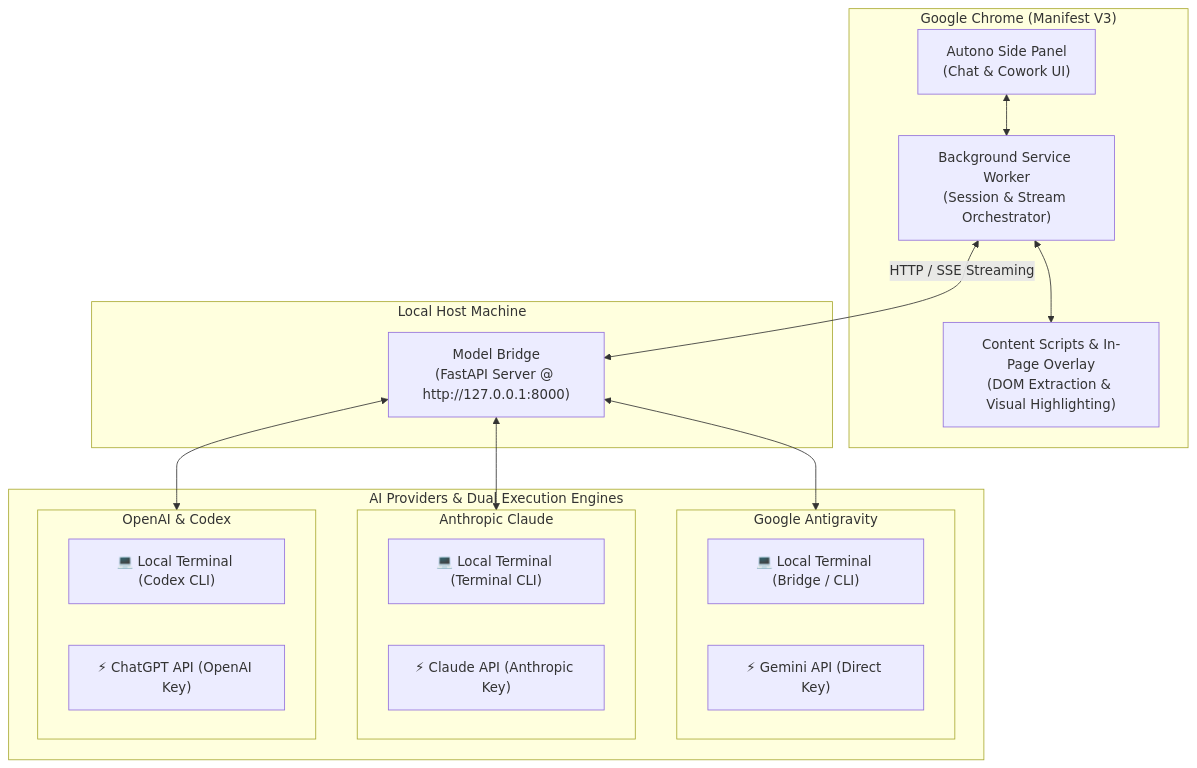
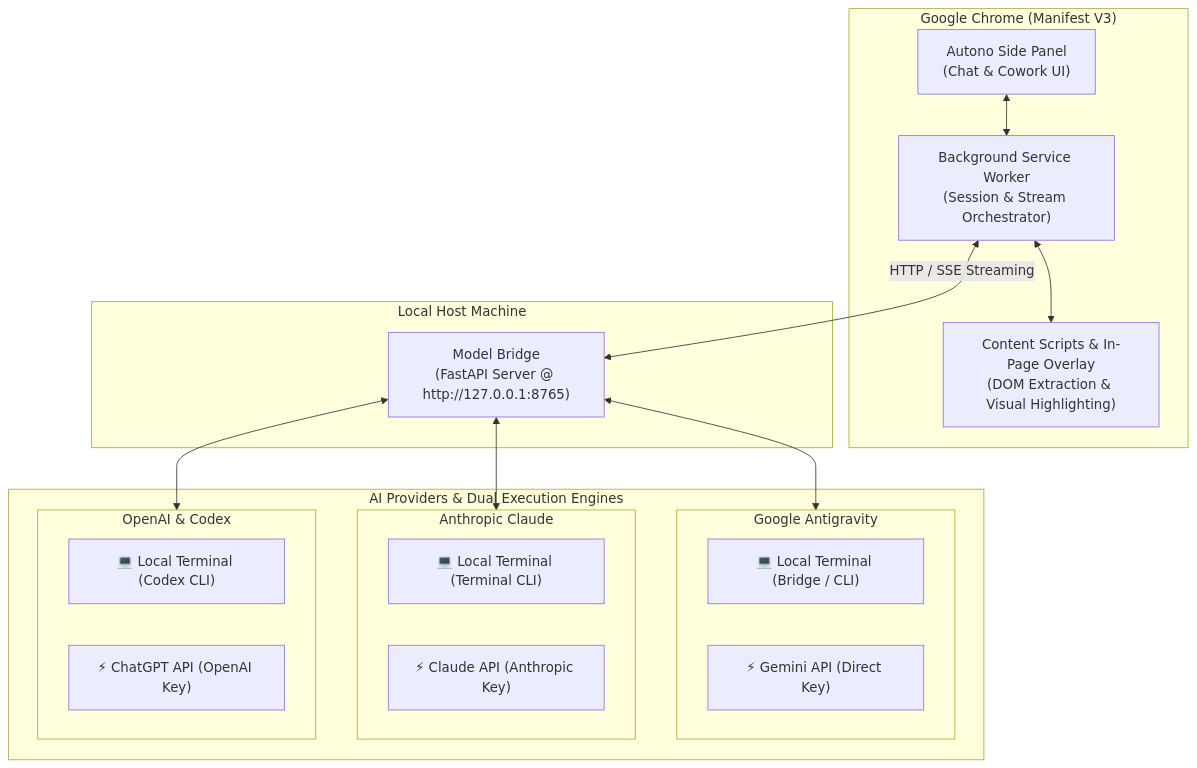
The diagram in README.md (MatiasV3B/Autono), drawn with Mermaid before and after one commit. The commit also changed other lines of this file and 156 other files, not shown here.

````diff
--- a/README.md
+++ b/README.md
@@ -41,34 +41,34 @@
 ```mermaid
 flowchart TD
     subgraph Browser ["Google Chrome (Manifest V3)"]
         Panel["Autono Side Panel\n(Chat & Cowork UI)"]
         Background["Background Service Worker\n(Session & Stream Orchestrator)"]
         Content["Content Scripts & In-Page Overlay\n(DOM Extraction & Visual Highlighting)"]
         Panel <--> Background
         Background <--> Content
     end
 
     subgraph LocalMachine ["Local Host Machine"]
-        Bridge["Model Bridge\n(FastAPI Server @ http://127.0.0.1:8000)"]
+        Bridge["Model Bridge\n(FastAPI Server @ http://127.0.0.1:8765)"]
     end
 
     subgraph Providers ["AI Providers & Dual Execution Engines"]
         subgraph AntigravityGroup ["Google Antigravity"]
             A_CLI["💻 Local Terminal (Bridge / CLI)"]
             A_API["⚡ Gemini API (Direct Key)"]
         end
         subgraph ClaudeGroup ["Anthropic Claude"]
             C_CLI["💻 Local Terminal (Terminal CLI)"]
             C_API["⚡ Claude API (Anthropic Key)"]
         end
         subgraph OpenAIGroup ["OpenAI & Codex"]
             O_CLI["💻 Local Terminal (Codex CLI)"]
             O_API["⚡ ChatGPT API (OpenAI Key)"]
         end
     end
 
     Background <-->|HTTP / SSE Streaming| Bridge
     Bridge <--> AntigravityGroup
     Bridge <--> ClaudeGroup
     Bridge <--> OpenAIGroup
 ```
````
